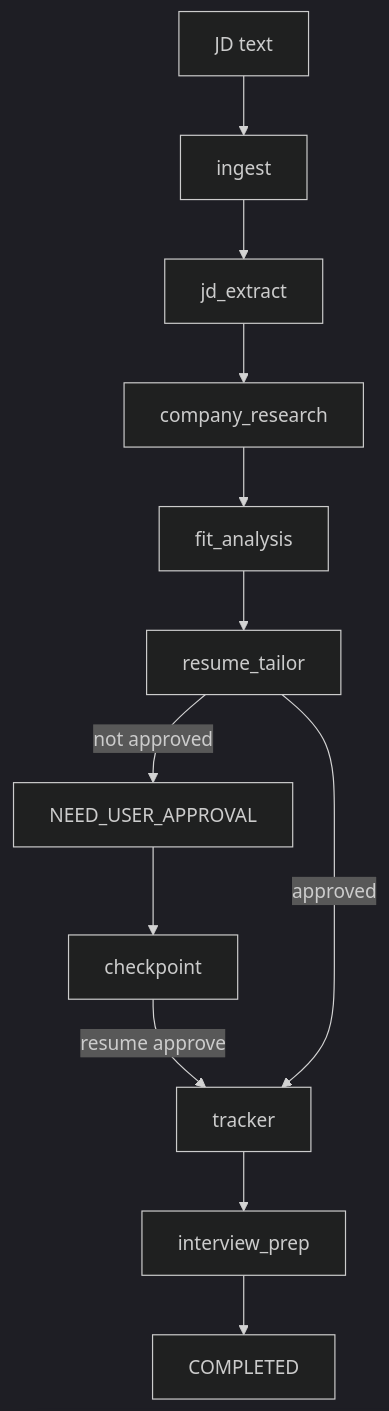
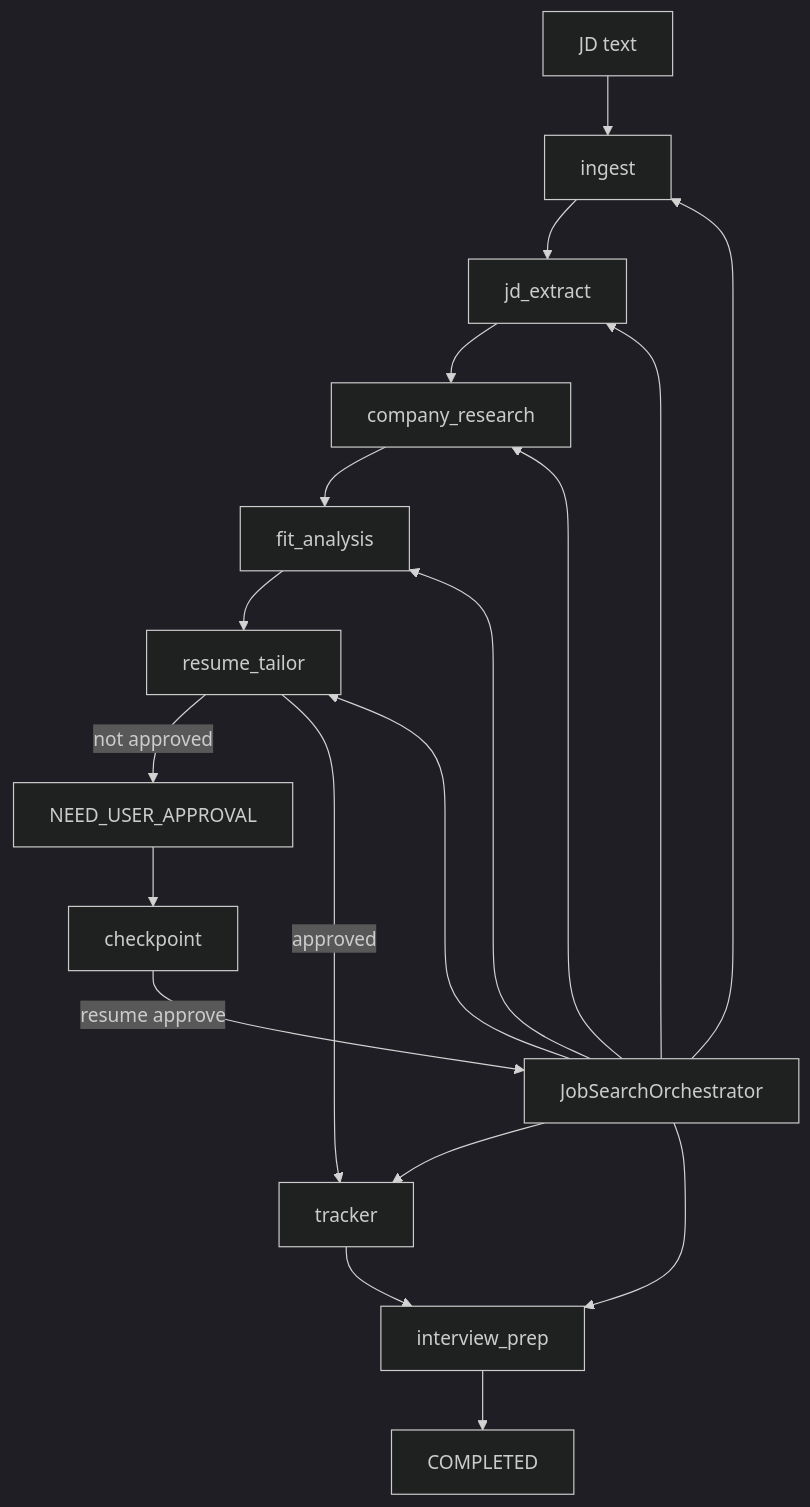
One commit to yanxuantong/multi-agent-job-search-platform changed the diagram in README.md. Above: the diagram before and after it, drawn with Mermaid (dark theme). The commit also changed other lines of this file and 20 other files, not shown here.

````diff
--- a/README.md
+++ b/README.md
@@ -120,14 +129,21 @@
 ```mermaid
 flowchart TD
   A["JD text"] --> B["ingest"]
-  B --> C["jd_extract"]
-  C --> D["company_research"]
-  D --> E["fit_analysis"]
-  E --> F["resume_tailor"]
+  O["JobSearchOrchestrator"] --> B
+  O --> C["jd_extract"]
+  O --> D["company_research"]
+  O --> E["fit_analysis"]
+  O --> F["resume_tailor"]
+  B --> C
+  C --> D
+  D --> E
+  E --> F
   F -->|not approved| G["NEED_USER_APPROVAL"]
   G --> K["checkpoint"]
-  K -->|resume approve| H["tracker"]
+  K -->|resume approve| O
   F -->|approved| H
+  O --> H["tracker"]
   H --> I["interview_prep"]
+  O --> I
   I --> J["COMPLETED"]
 ```
````
